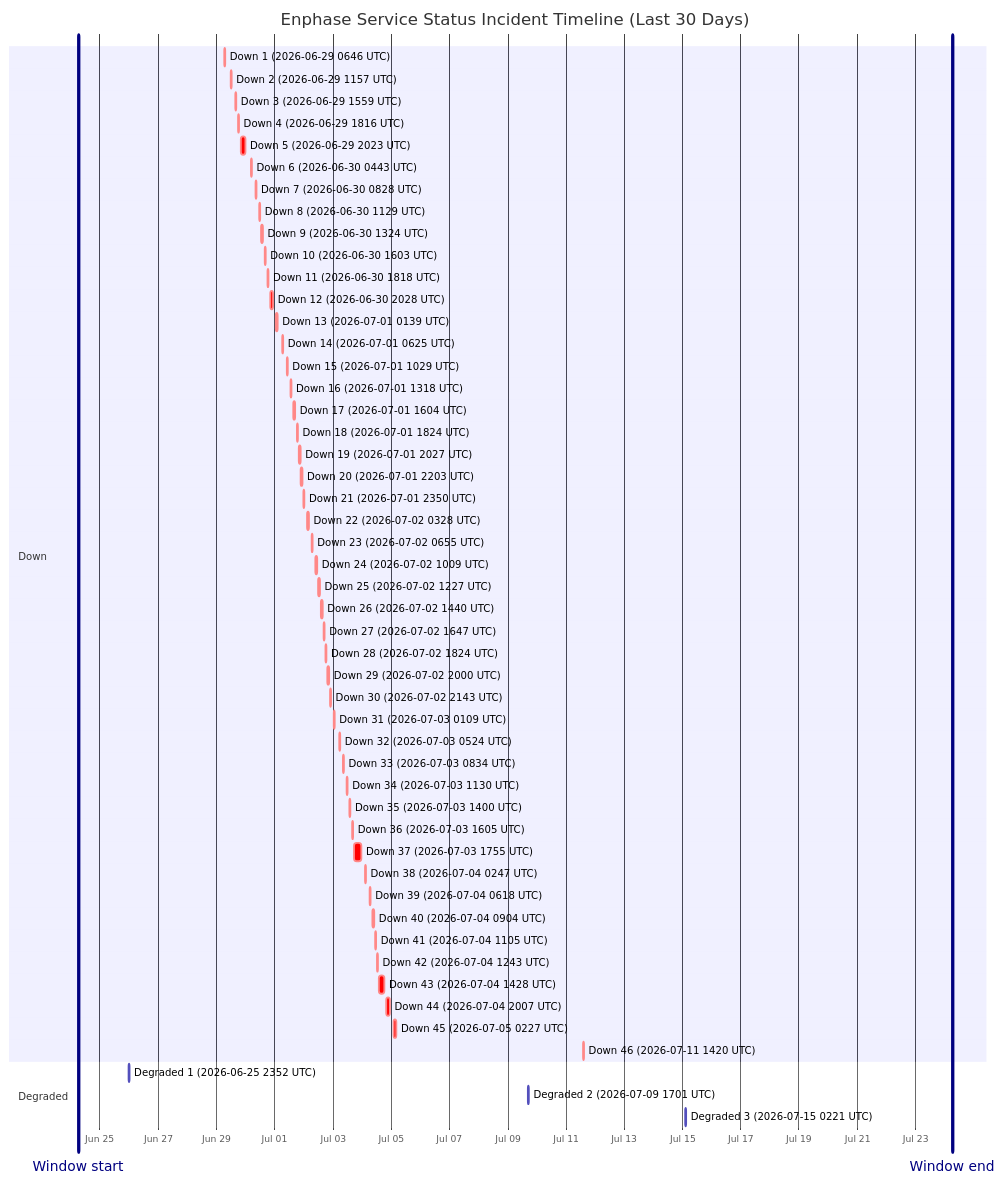
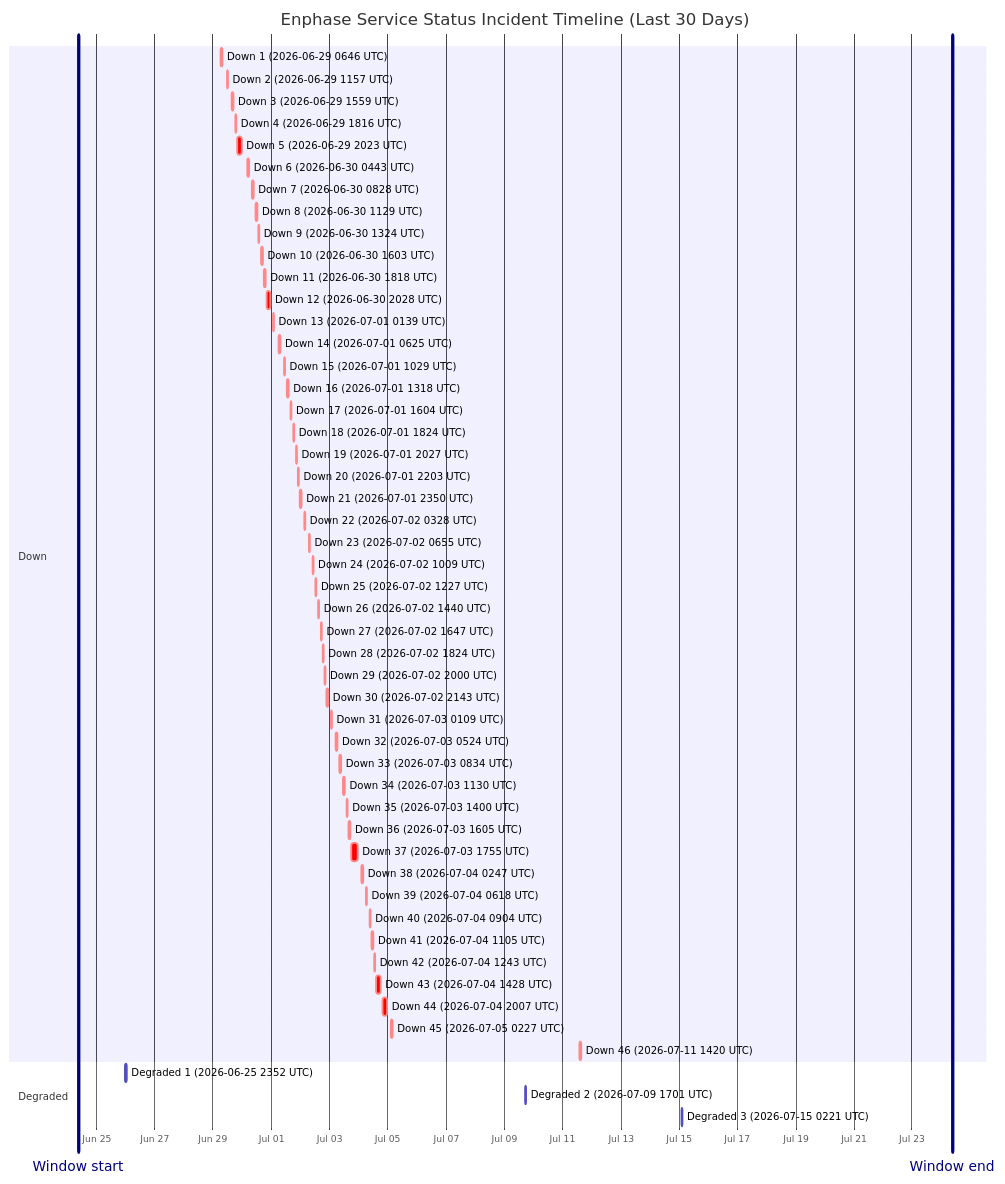
The diagram in wiki/Service-Status-History.md (barneyonline/ha-enphase-energy), drawn with Mermaid before and after one commit. The commit also changed other lines of this file and 3 other files, not shown here.

````diff
--- a/wiki/Service-Status-History.md
+++ b/wiki/Service-Status-History.md
@@ -14,59 +14,59 @@
 ```mermaid
 gantt
     title Enphase Service Status Incident Timeline (Last 30 Days)
     dateFormat  YYYY-MM-DDTHH:mm:ss
     axisFormat  %b %d
-    Window start :vert, window-start, 2026-06-24T06:24:19, 0ms
-    Window end :vert, window-end, 2026-07-24T06:24:19, 0ms
+    Window start :vert, window-start, 2026-06-24T09:02:51, 0ms
+    Window end :vert, window-end, 2026-07-24T09:02:51, 0ms
     section Down
     Down 1 (2026-06-29 0646 UTC) :crit, down-1, 2026-06-29T06:46:18, 60m
     Down 2 (2026-06-29 1157 UTC) :crit, down-2, 2026-06-29T11:57:36, 60m
     Down 3 (2026-06-29 1559 UTC) :crit, down-3, 2026-06-29T15:59:02, 60m
     Down 4 (2026-06-29 1816 UTC) :crit, down-4, 2026-06-29T18:16:38, 60m
     Down 5 (2026-06-29 2023 UTC) :crit, down-5, 2026-06-29T20:23:16, 220m
     Down 6 (2026-06-30 0443 UTC) :crit, down-6, 2026-06-30T04:43:54, 60m
     Down 7 (2026-06-30 0828 UTC) :crit, down-7, 2026-06-30T08:28:43, 60m
     Down 8 (2026-06-30 1129 UTC) :crit, down-8, 2026-06-30T11:29:15, 60m
     Down 9 (2026-06-30 1324 UTC) :crit, down-9, 2026-06-30T13:24:25, 60m
     Down 10 (2026-06-30 1603 UTC) :crit, down-10, 2026-06-30T16:03:26, 60m
     Down 11 (2026-06-30 1818 UTC) :crit, down-11, 2026-06-30T18:18:39, 60m
     Down 12 (2026-06-30 2028 UTC) :crit, down-12, 2026-06-30T20:28:54, 171m
     Down 13 (2026-07-01 0139 UTC) :crit, down-13, 2026-07-01T01:39:18, 60m
     Down 14 (2026-07-01 0625 UTC) :crit, down-14, 2026-07-01T06:25:35, 60m
     Down 15 (2026-07-01 1029 UTC) :crit, down-15, 2026-07-01T10:29:24, 60m
     Down 16 (2026-07-01 1318 UTC) :crit, down-16, 2026-07-01T13:18:31, 60m
     Down 17 (2026-07-01 1604 UTC) :crit, down-17, 2026-07-01T16:04:29, 60m
     Down 18 (2026-07-01 1824 UTC) :crit, down-18, 2026-07-01T18:24:21, 60m
     Down 19 (2026-07-01 2027 UTC) :crit, down-19, 2026-07-01T20:27:17, 60m
     Down 20 (2026-07-01 2203 UTC) :crit, down-20, 2026-07-01T22:03:46, 60m
     Down 21 (2026-07-01 2350 UTC) :crit, down-21, 2026-07-01T23:50:52, 60m
     Down 22 (2026-07-02 0328 UTC) :crit, down-22, 2026-07-02T03:28:33, 60m
     Down 23 (2026-07-02 0655 UTC) :crit, down-23, 2026-07-02T06:55:07, 60m
     Down 24 (2026-07-02 1009 UTC) :crit, down-24, 2026-07-02T10:09:15, 60m
     Down 25 (2026-07-02 1227 UTC) :crit, down-25, 2026-07-02T12:27:49, 60m
     Down 26 (2026-07-02 1440 UTC) :crit, down-26, 2026-07-02T14:40:53, 60m
     Down 27 (2026-07-02 1647 UTC) :crit, down-27, 2026-07-02T16:47:47, 60m
     Down 28 (2026-07-02 1824 UTC) :crit, down-28, 2026-07-02T18:24:26, 60m
     Down 29 (2026-07-02 2000 UTC) :crit, down-29, 2026-07-02T20:00:57, 60m
     Down 30 (2026-07-02 2143 UTC) :crit, down-30, 2026-07-02T21:43:52, 80m
     Down 31 (2026-07-03 0109 UTC) :crit, down-31, 2026-07-03T01:09:19, 60m
     Down 32 (2026-07-03 0524 UTC) :crit, down-32, 2026-07-03T05:24:23, 60m
     Down 33 (2026-07-03 0834 UTC) :crit, down-33, 2026-07-03T08:34:05, 60m
     Down 34 (2026-07-03 1130 UTC) :crit, down-34, 2026-07-03T11:30:41, 60m
     Down 35 (2026-07-03 1400 UTC) :crit, down-35, 2026-07-03T14:00:48, 60m
     Down 36 (2026-07-03 1605 UTC) :crit, down-36, 2026-07-03T16:05:49, 60m
     Down 37 (2026-07-03 1755 UTC) :crit, down-37, 2026-07-03T17:55:54, 338m
     Down 38 (2026-07-04 0247 UTC) :crit, down-38, 2026-07-04T02:47:22, 60m
     Down 39 (2026-07-04 0618 UTC) :crit, down-39, 2026-07-04T06:18:09, 60m
     Down 40 (2026-07-04 0904 UTC) :crit, down-40, 2026-07-04T09:04:41, 60m
     Down 41 (2026-07-04 1105 UTC) :crit, down-41, 2026-07-04T11:05:21, 60m
     Down 42 (2026-07-04 1243 UTC) :crit, down-42, 2026-07-04T12:43:25, 60m
     Down 43 (2026-07-04 1428 UTC) :crit, down-43, 2026-07-04T14:28:07, 243m
     Down 44 (2026-07-04 2007 UTC) :crit, down-44, 2026-07-04T20:07:50, 206m
     Down 45 (2026-07-05 0227 UTC) :crit, down-45, 2026-07-05T02:27:32, 109m
     Down 46 (2026-07-11 1420 UTC) :crit, down-46, 2026-07-11T14:20:54, 69m
     section Degraded
     Degraded 1 (2026-06-25 2352 UTC) :active, degraded-1, 2026-06-25T23:52:01, 60m
     Degraded 2 (2026-07-09 1701 UTC) :active, degraded-2, 2026-07-09T17:01:02, 60m
     Degraded 3 (2026-07-15 0221 UTC) :active, degraded-3, 2026-07-15T02:21:35, 60m
 ```
````
